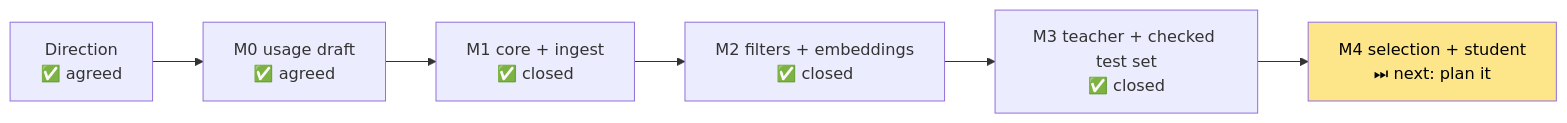
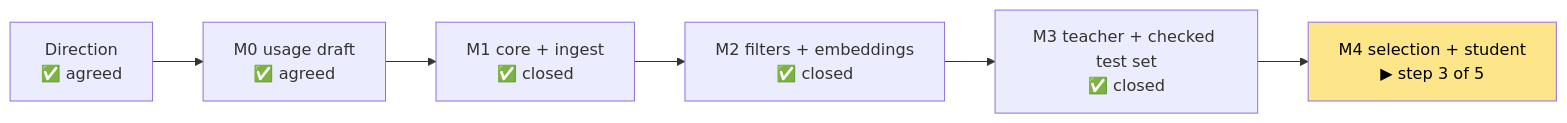
The diagram in dev/notes/state.md (cupcakes04/Rin), drawn with Mermaid before and after one commit. The commit also changed other lines of this file and 20 other files, not shown here.

````diff
--- a/dev/notes/state.md
+++ b/dev/notes/state.md
@@ -9,5 +9,5 @@
 ```mermaid
 flowchart LR
-    A["Direction<br/>✅ agreed"] --> D["M0 usage draft<br/>✅ agreed"] --> E["M1 core + ingest<br/>✅ closed"] --> F["M2 filters + embeddings<br/>✅ closed"] --> G["M3 teacher + checked test set<br/>✅ closed"] --> H["M4 selection + student<br/>⏭ next: plan it"]
+    A["Direction<br/>✅ agreed"] --> D["M0 usage draft<br/>✅ agreed"] --> E["M1 core + ingest<br/>✅ closed"] --> F["M2 filters + embeddings<br/>✅ closed"] --> G["M3 teacher + checked test set<br/>✅ closed"] --> H["M4 selection + student<br/>▶ step 3 of 5"]
     style H fill:#fde68a,color:#000
 ```
````
